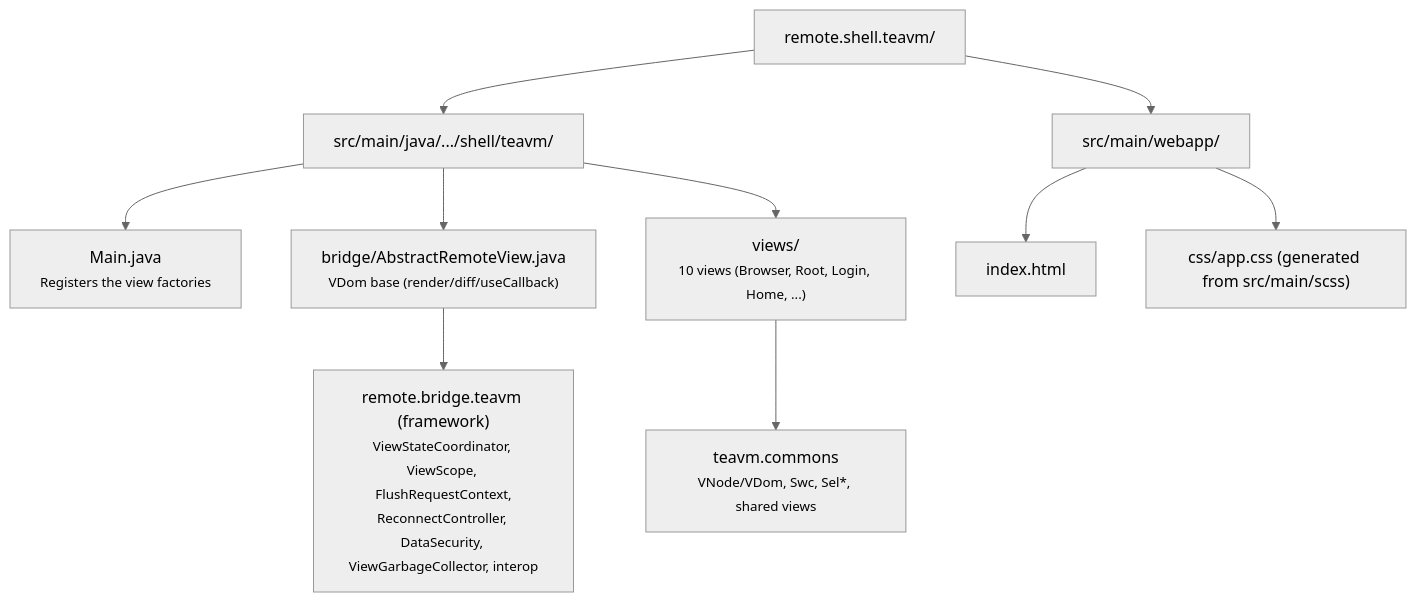
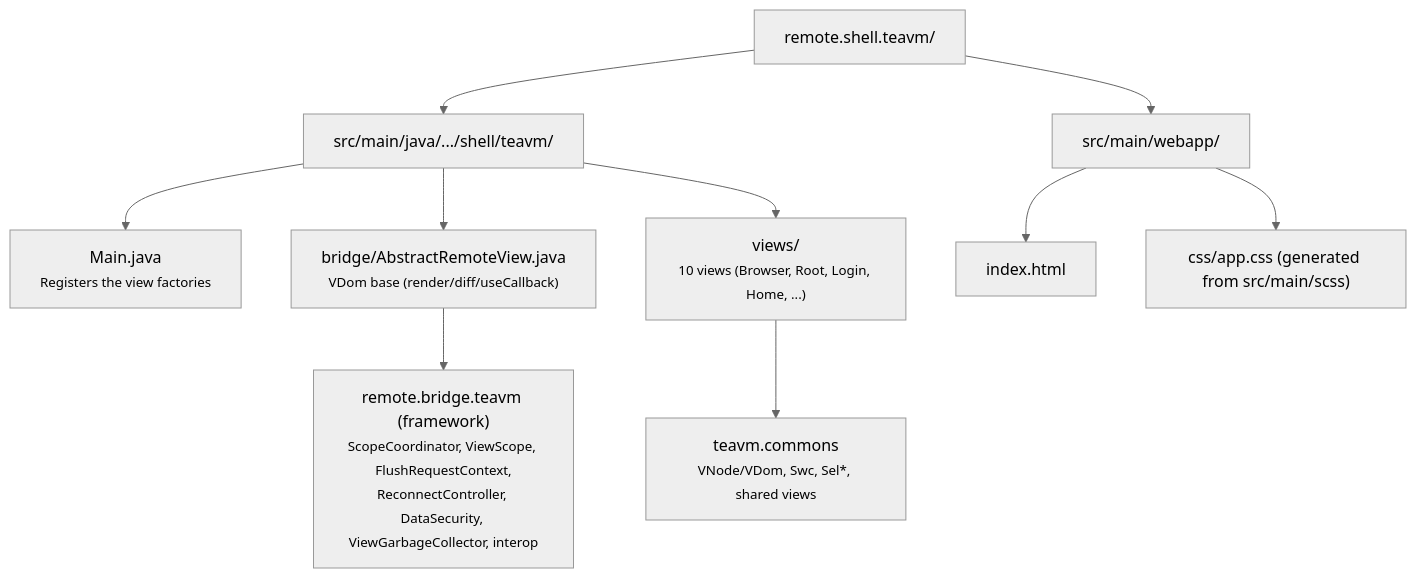
One commit to mrcdom/wdc-cube-java-v2 changed the third of 3 diagrams in fontes/br.com.wdc.store/br.com.wdc.store.view.remote/README.md. Above: the diagram before and after it, drawn with Mermaid (neutral theme). The commit also changed other lines of this file and 222 other files, not shown here.

First line of the commit message:
♻️ [REFACTOR] ViewState becomes Scope in code, protocol and docs

````diff
--- a/fontes/br.com.wdc.store/br.com.wdc.store.view.remote/README.md
+++ b/fontes/br.com.wdc.store/br.com.wdc.store.view.remote/README.md
@@ -139,23 +139,23 @@
 ```mermaid
 graph TD
     root["remote.shell.teavm/"]
     srcJava["src/main/java/.../shell/teavm/"]
     main["Main.java<br/><small>Registers the view factories</small>"]
     bridge["bridge/AbstractRemoteView.java<br/><small>VDom base (render/diff/useCallback)</small>"]
     views["views/<br/><small>10 views (Browser, Root, Login, Home, ...)</small>"]
     webapp["src/main/webapp/"]
     index["index.html"]
     css["css/app.css (generated from src/main/scss)"]
-    fw["remote.bridge.teavm (framework)<br/><small>ViewStateCoordinator, ViewScope, FlushRequestContext,<br/>ReconnectController, DataSecurity, ViewGarbageCollector, interop</small>"]
+    fw["remote.bridge.teavm (framework)<br/><small>ScopeCoordinator, ViewScope, FlushRequestContext,<br/>ReconnectController, DataSecurity, ViewGarbageCollector, interop</small>"]
     commons["teavm.commons<br/><small>VNode/VDom, Swc, Sel*, shared views</small>"]
 
     root --> srcJava
     root --> webapp
     srcJava --> main
     srcJava --> bridge
     srcJava --> views
     webapp --> index
     webapp --> css
     bridge --> fw
     views --> commons
 ```
````
